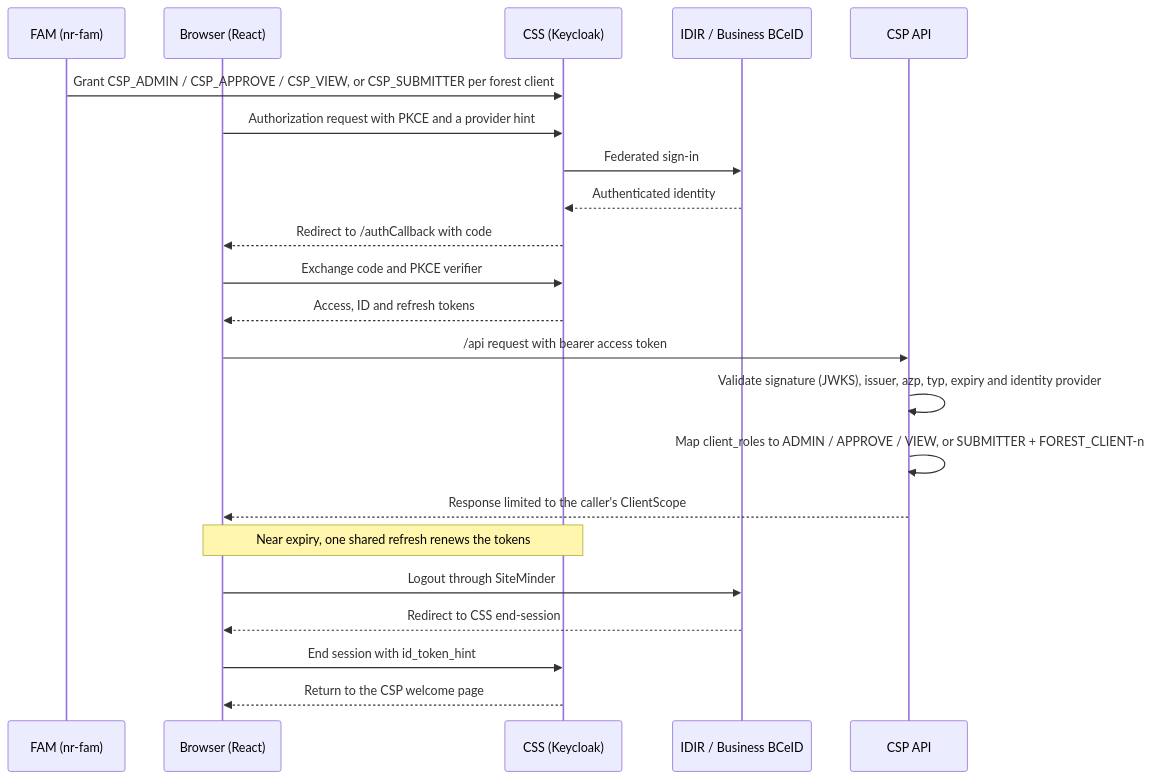
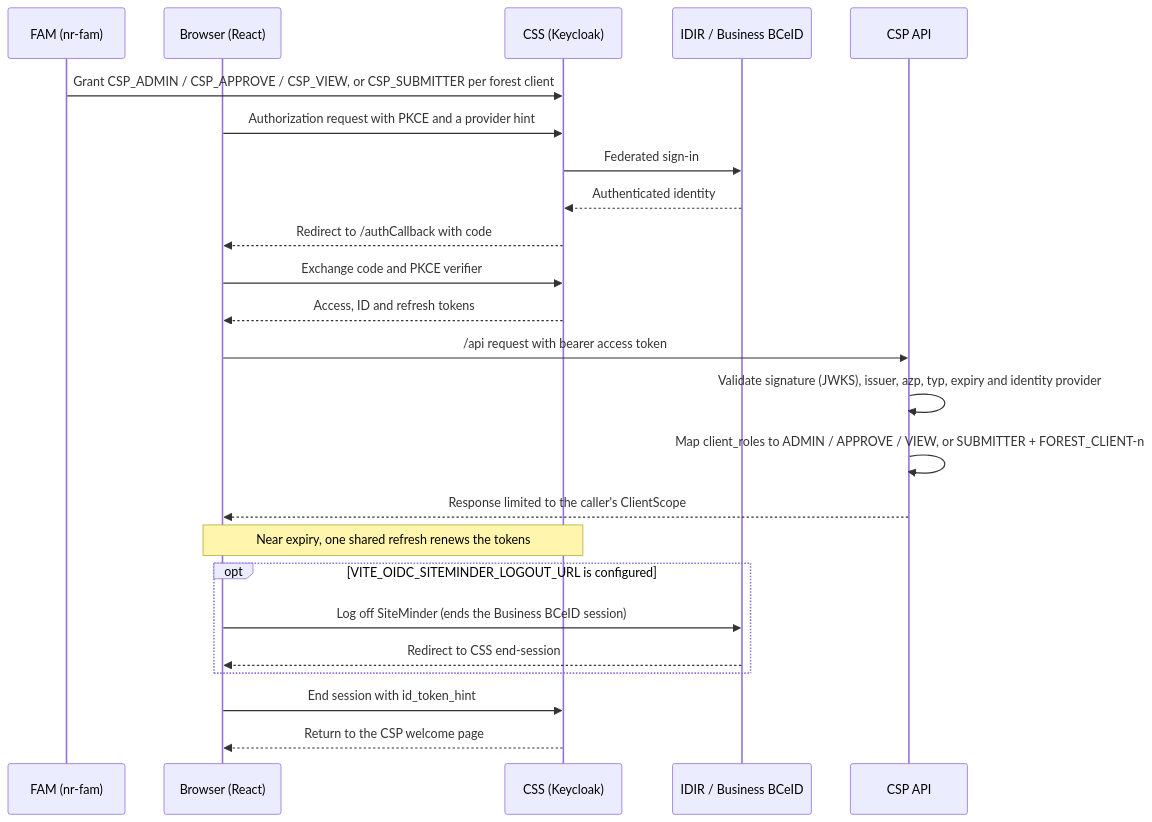
Before and after one commit to bcgov/nr-csp: the sixth of 7 diagrams in ARCHITECTURE.md, drawn with Mermaid. The commit also changed other lines of this file, not shown here.

Commit message:
docs: correct upload, submission status and logout diagrams

````diff
--- a/ARCHITECTURE.md
+++ b/ARCHITECTURE.md
@@ -390,24 +400,26 @@
 ```mermaid
 sequenceDiagram
     participant F as FAM (nr-fam)
     participant U as Browser (React)
     participant S as CSS (Keycloak)
     participant I as IDIR / Business BCeID
     participant B as CSP API
     F->>S: Grant CSP_ADMIN / CSP_APPROVE / CSP_VIEW, or CSP_SUBMITTER per forest client
     U->>S: Authorization request with PKCE and a provider hint
     S->>I: Federated sign-in
     I-->>S: Authenticated identity
     S-->>U: Redirect to /authCallback with code
     U->>S: Exchange code and PKCE verifier
     S-->>U: Access, ID and refresh tokens
     U->>B: /api request with bearer access token
     B->>B: Validate signature (JWKS), issuer, azp, typ, expiry and identity provider
     B->>B: Map client_roles to ADMIN / APPROVE / VIEW, or SUBMITTER + FOREST_CLIENT-n
     B-->>U: Response limited to the caller's ClientScope
     Note over U,S: Near expiry, one shared refresh renews the tokens
-    U->>I: Logout through SiteMinder
-    I-->>U: Redirect to CSS end-session
+    opt VITE_OIDC_SITEMINDER_LOGOUT_URL is configured
+        U->>I: Log off SiteMinder (ends the Business BCeID session)
+        I-->>U: Redirect to CSS end-session
+    end
     U->>S: End session with id_token_hint
     S-->>U: Return to the CSP welcome page
 ```
````
